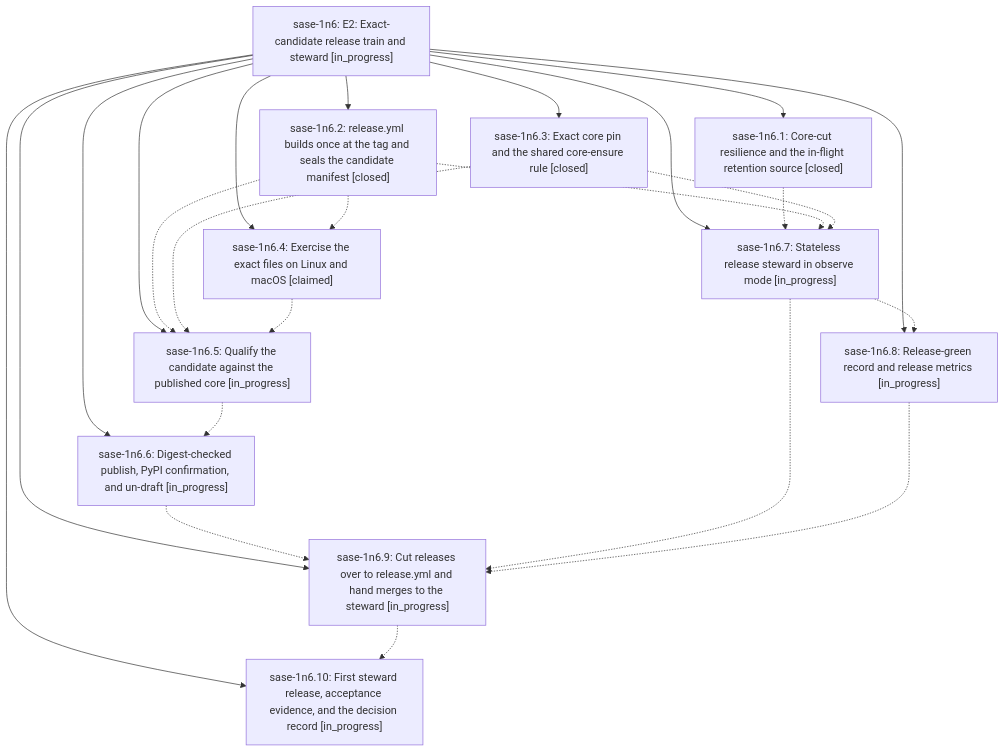
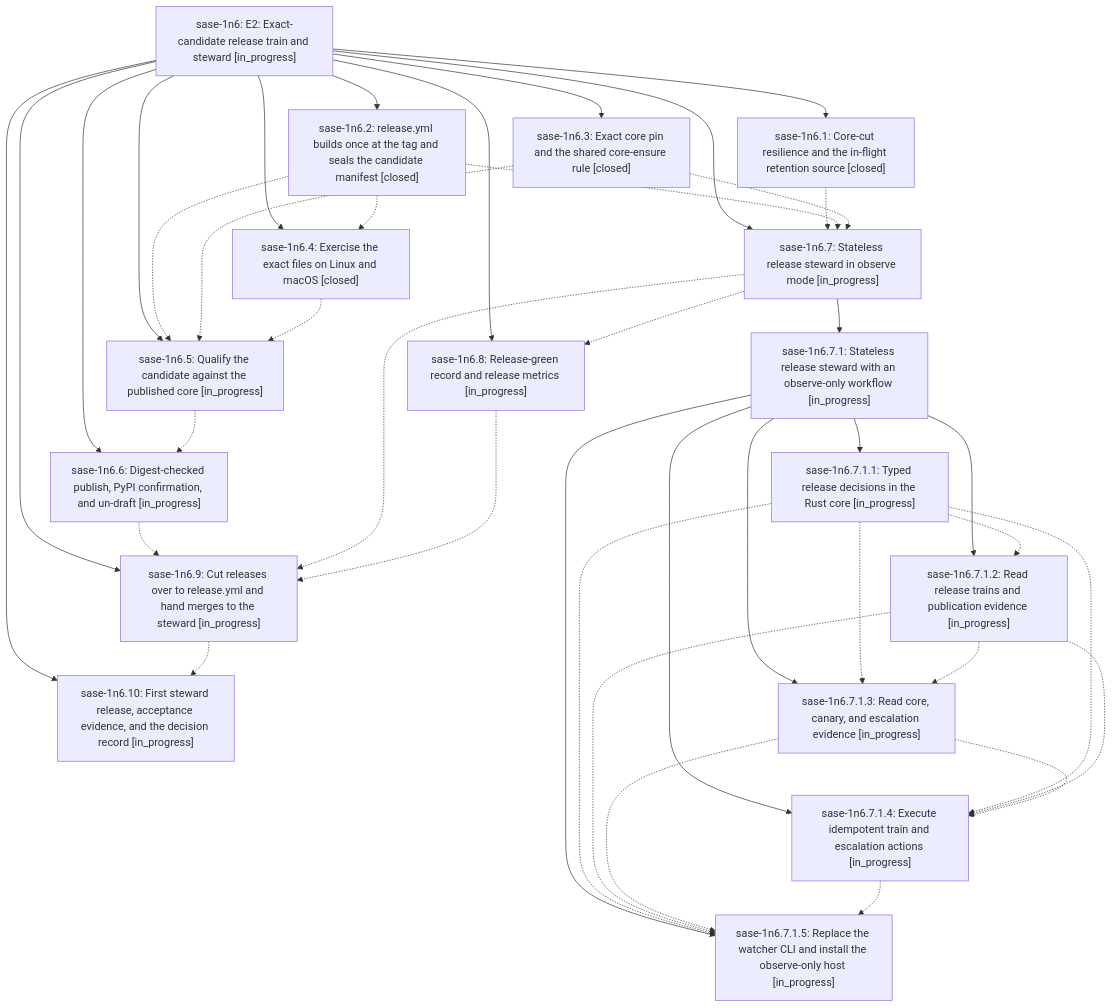
Before and after one commit to sase-org/sase--beads: the diagram in pages/sase-1n6/README.md, drawn with Mermaid. The commit also changed other lines of this file and 11 other files, not shown here.

````diff
--- a/pages/sase-1n6/README.md
+++ b/pages/sase-1n6/README.md
@@ -43,37 +43,59 @@
 ```mermaid
 flowchart TD
     n0["sase-1n6: E2: Exact-candidate release train and steward [in_progress]"]
     n1["sase-1n6.1: Core-cut resilience and the in-flight retention source [closed]"]
     n2["sase-1n6.10: First steward release, acceptance evidence, and the decision record [in_progress]"]
     n3["sase-1n6.2: release.yml builds once at the tag and seals the candidate manifest [closed]"]
     n4["sase-1n6.3: Exact core pin and the shared core-ensure rule [closed]"]
-    n5["sase-1n6.4: Exercise the exact files on Linux and macOS [claimed]"]
+    n5["sase-1n6.4: Exercise the exact files on Linux and macOS [closed]"]
     n6["sase-1n6.5: Qualify the candidate against the published core [in_progress]"]
     n7["sase-1n6.6: Digest-checked publish, PyPI confirmation, and un-draft [in_progress]"]
     n8["sase-1n6.7: Stateless release steward in observe mode [in_progress]"]
-    n9["sase-1n6.8: Release-green record and release metrics [in_progress]"]
-    n10["sase-1n6.9: Cut releases over to release.yml and hand merges to the steward [in_progress]"]
+    n9["sase-1n6.7.1: Stateless release steward with an observe-only workflow [in_progress]"]
+    n10["sase-1n6.7.1.1: Typed release decisions in the Rust core [in_progress]"]
+    n11["sase-1n6.7.1.2: Read release trains and publication evidence [in_progress]"]
+    n12["sase-1n6.7.1.3: Read core, canary, and escalation evidence [in_progress]"]
+    n13["sase-1n6.7.1.4: Execute idempotent train and escalation actions [in_progress]"]
+    n14["sase-1n6.7.1.5: Replace the watcher CLI and install the observe-only host [in_progress]"]
+    n15["sase-1n6.8: Release-green record and release metrics [in_progress]"]
+    n16["sase-1n6.9: Cut releases over to release.yml and hand merges to the steward [in_progress]"]
     n0 --> n1
     n0 --> n2
     n0 --> n3
     n0 --> n4
     n0 --> n5
     n0 --> n6
     n0 --> n7
     n0 --> n8
-    n0 --> n9
-    n0 --> n10
+    n8 --> n9
+    n9 --> n10
+    n9 --> n11
+    n9 --> n12
+    n9 --> n13
+    n9 --> n14
+    n0 --> n15
+    n0 --> n16
     n1 -.-> n8
     n3 -.-> n5
     n3 -.-> n6
     n3 -.-> n8
     n4 -.-> n6
     n4 -.-> n8
     n5 -.-> n6
     n6 -.-> n7
-    n7 -.-> n10
-    n8 -.-> n9
-    n8 -.-> n10
-    n9 -.-> n10
-    n10 -.-> n2
+    n7 -.-> n16
+    n8 -.-> n15
+    n8 -.-> n16
+    n10 -.-> n11
+    n10 -.-> n12
+    n10 -.-> n13
+    n10 -.-> n14
+    n11 -.-> n12
+    n11 -.-> n13
+    n11 -.-> n14
+    n12 -.-> n13
+    n12 -.-> n14
+    n13 -.-> n14
+    n15 -.-> n16
+    n16 -.-> n2
 ```
````
